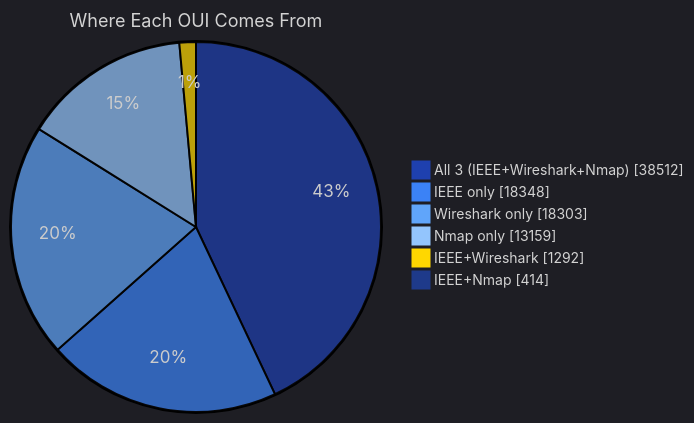
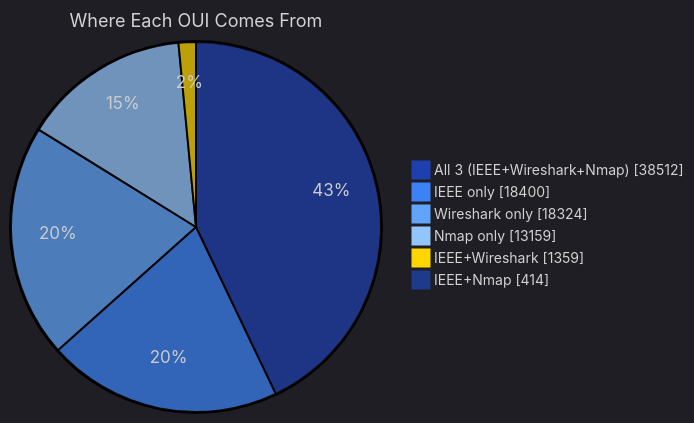
One commit to Ringmast4r/OUI-Master-Database changed the second of 5 diagrams in README.md. Above: the diagram before and after it, drawn with Mermaid. The commit also changed other lines of this file and 14 other files, not shown here.

````diff
--- a/README.md
+++ b/README.md
@@ -93,11 +93,11 @@
 ```mermaid
 %%{init: {'theme':'dark', 'themeVariables': {'pie1':'#1E40AF','pie2':'#3B82F6','pie3':'#60A5FA','pie4':'#93C5FD','pie5':'#FFD700','pie6':'#1E3A8A','pieTitleTextSize':'18px','pieLegendTextSize':'14px'}}}%%
 pie showData
     title Where Each OUI Comes From
     "All 3 (IEEE+Wireshark+Nmap)" : 38512
-    "IEEE only" : 18348
-    "Wireshark only" : 18303
+    "IEEE only" : 18400
+    "Wireshark only" : 18324
     "Nmap only" : 13159
-    "IEEE+Wireshark" : 1292
+    "IEEE+Wireshark" : 1359
     "IEEE+Nmap" : 414
 ```
````
